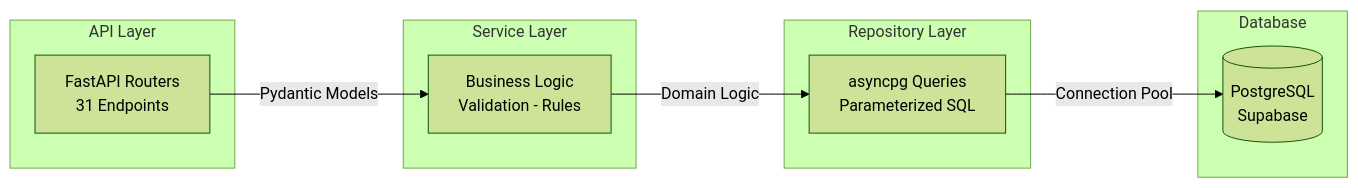
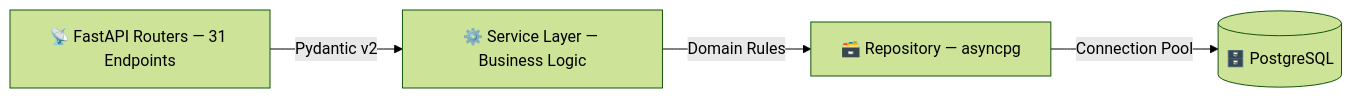
The second of 7 diagrams in README.md (KouemouSah/taxasge), drawn with Mermaid (forest theme) before and after one commit. The commit also changed other lines of this file and 3 other files, not shown here.

````diff
--- a/README.md
+++ b/README.md
@@ -142,22 +135,6 @@
 ```mermaid
 graph LR
-    subgraph API Layer
-        R[FastAPI Routers<br>31 Endpoints]
-    end
-
-    subgraph Service Layer
-        S[Business Logic<br>Validation - Rules]
-    end
-
-    subgraph Repository Layer
-        D[asyncpg Queries<br>Parameterized SQL]
-    end
-
-    subgraph Database
-        PG[(PostgreSQL<br>Supabase)]
-    end
-
-    R -->|Pydantic Models| S
-    S -->|Domain Logic| D
-    D -->|Connection Pool| PG
+    R["📡 FastAPI Routers — 31 Endpoints"] -->|Pydantic v2| S["⚙️ Service Layer — Business Logic"]
+    S -->|Domain Rules| D["🗃️ Repository — asyncpg"]
+    D -->|Connection Pool| PG[("🗄️ PostgreSQL")]
 ```
````
